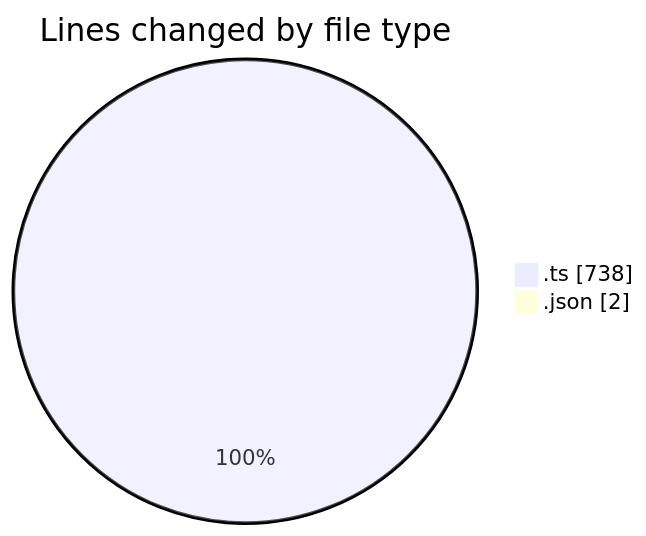
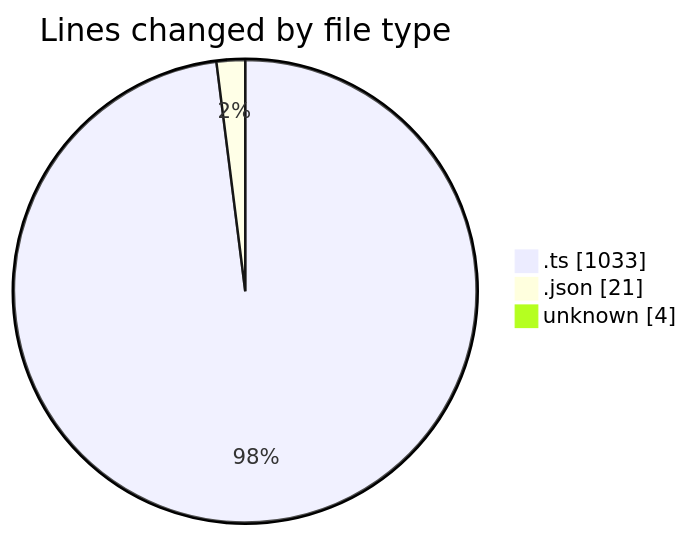
The first of 2 diagrams in 2026-02-03/singularitybrainai/README.md (tmsrecording-cyber/code-tracking), drawn with Mermaid before and after one commit. The commit also changed other lines of this file and 1 other file, not shown here.

````diff
--- a/2026-02-03/singularitybrainai/README.md
+++ b/2026-02-03/singularitybrainai/README.md
@@ -22,6 +23,7 @@
 ```mermaid
 pie showData
 title Lines changed by file type
-".ts" : 738
-".json" : 2
+".ts" : 1033
+".json" : 21
+"unknown" : 4
 ```
````
